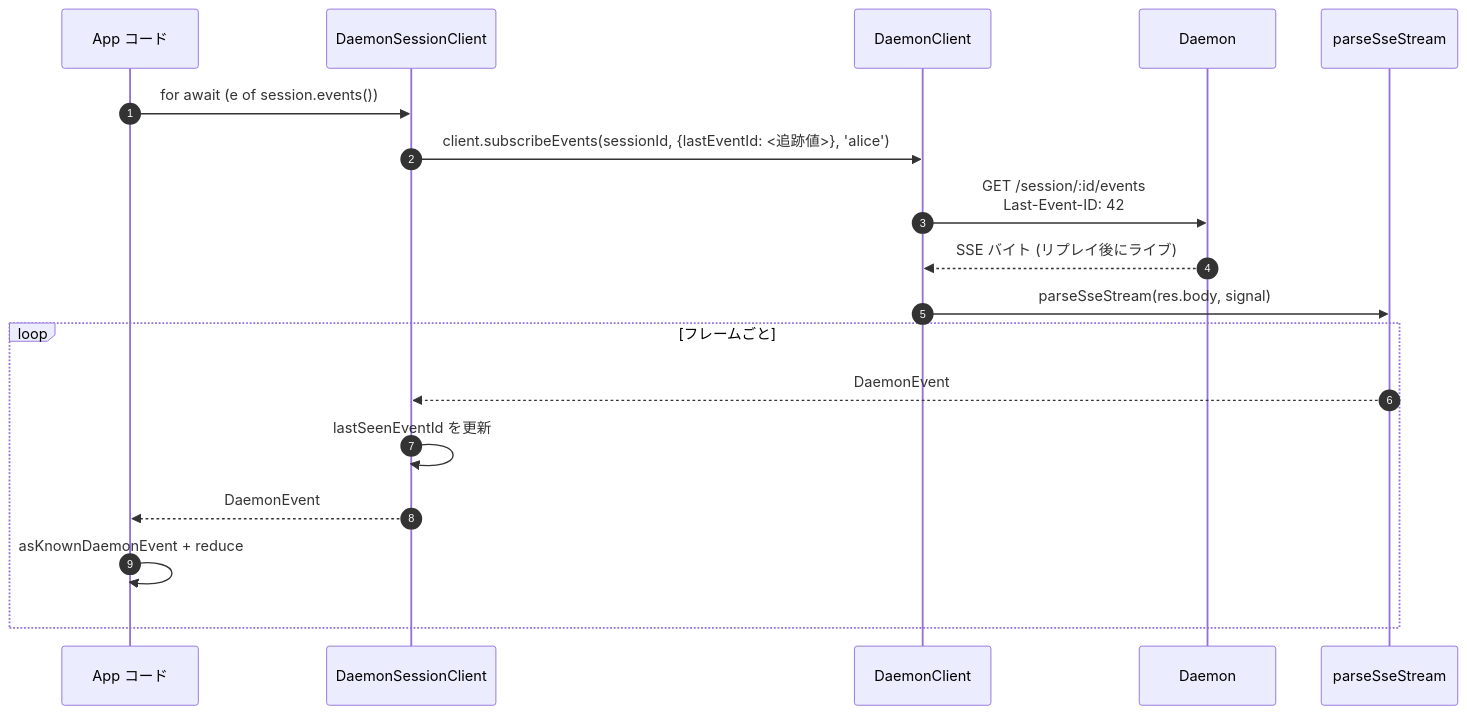
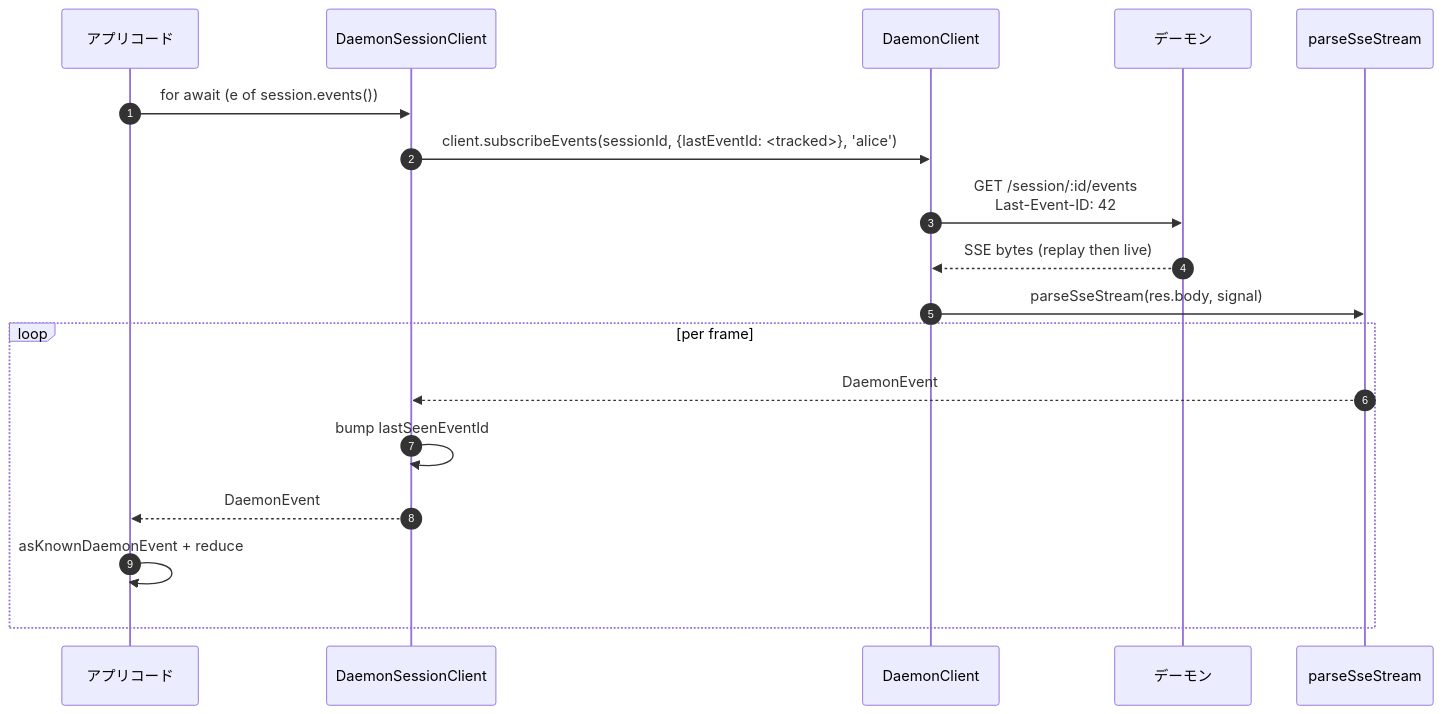
The second of 3 diagrams in website/content/ja/developers/daemon/13-sdk-daemon-client.md (QwenLM/qwen-code-docs), drawn with Mermaid before and after one commit. The commit also changed other lines of this file and 162 other files, not shown here.

````diff
--- a/website/content/ja/developers/daemon/13-sdk-daemon-client.md
+++ b/website/content/ja/developers/daemon/13-sdk-daemon-client.md
@@ -157,21 +157,21 @@
 ```mermaid
 sequenceDiagram
     autonumber
-    participant App as App コード
+    participant App as アプリコード
     participant SC as DaemonSessionClient
     participant DC as DaemonClient
-    participant D as Daemon
+    participant D as デーモン
     participant P as parseSseStream
 
     App->>SC: for await (e of session.events())
-    SC->>DC: client.subscribeEvents(sessionId, {lastEventId: <追跡値>}, 'alice')
+    SC->>DC: client.subscribeEvents(sessionId, {lastEventId: <tracked>}, 'alice')
     DC->>D: GET /session/:id/events<br/>Last-Event-ID: 42
-    D-->>DC: SSE バイト (リプレイ後にライブ)
+    D-->>DC: SSE bytes (replay then live)
     DC->>P: parseSseStream(res.body, signal)
-    loop フレームごと
+    loop per frame
         P-->>SC: DaemonEvent
-        SC->>SC: lastSeenEventId を更新
+        SC->>SC: bump lastSeenEventId
         SC-->>App: DaemonEvent
         App->>App: asKnownDaemonEvent + reduce
     end
 ```
````
